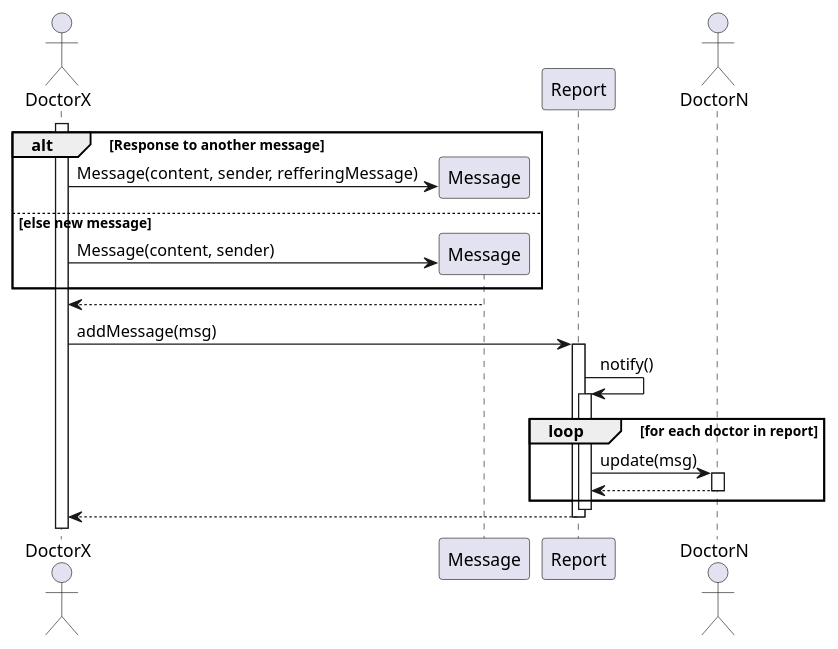
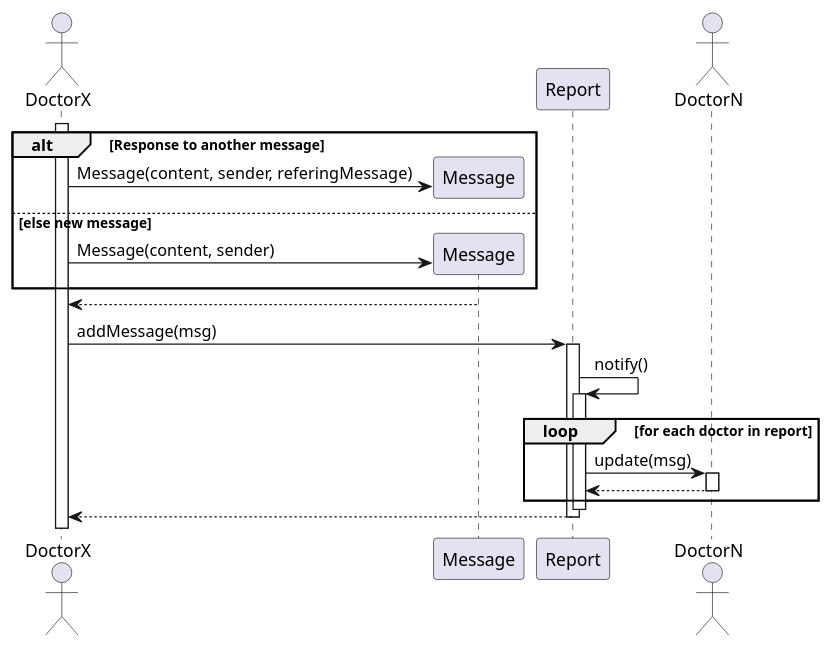
The diagram in doc/task4/RueckfrageErstellen.puml (thetractor/ch.bfh.bti7081.s2019.orange), drawn with PlantUML before and after one commit. The commit also changed 2 other files, not shown here.

Commit message:
Fix: Changed spelling, optimized UML

```diff
--- a/doc/task4/RueckfrageErstellen.puml
+++ b/doc/task4/RueckfrageErstellen.puml
@@ -1,39 +1,39 @@
 @startuml
 
 actor DoctorX
 
 participant Message
 participant Report
 
 actor DoctorN
 
 activate DoctorX
 alt Response to another message
     create Message
-    DoctorX -> Message: Message(content, sender, refferingMessage)
+    DoctorX -> Message: Message(content, sender, referingMessage)
     'TODO?
 else else new message
     create Message
         DoctorX -> Message: Message(content, sender)
 end
 
 
 Message --> DoctorX
 
 DoctorX -> Report: addMessage(msg)
 activate Report
 Report -> Report: notify()
 activate Report
 
 loop for each doctor in report
     Report -> DoctorN: update(msg)
     activate DoctorN
     DoctorN --> Report
     deactivate DoctorN
 end
 deactivate Report
 Report --> DoctorX
 deactivate Report
 
 
 @enduml
```
